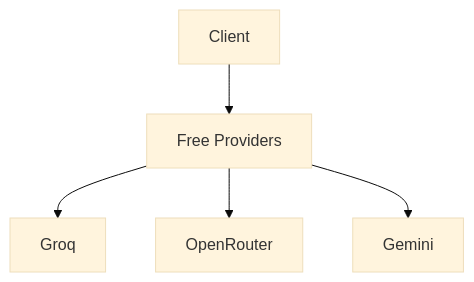
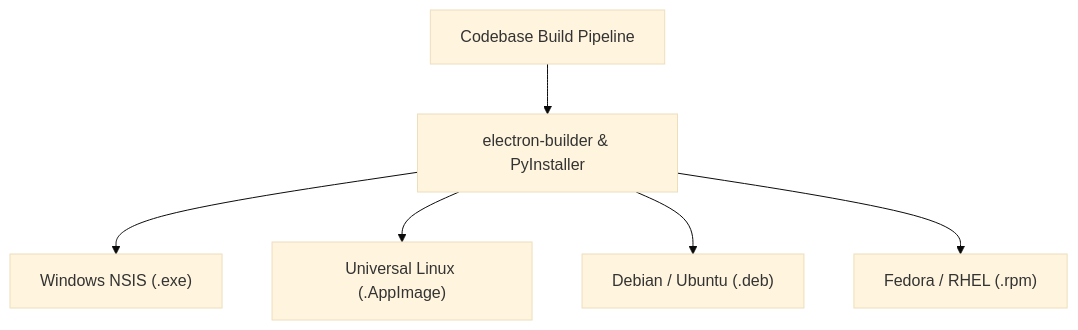
Before and after one commit to arnab825/Mission-Control: the second of 2 diagrams in Gaming/docs/changes_summary.md, drawn with Mermaid (base theme). The commit also changed other lines of this file, not shown here.

Commit message:
docs: add comprehensive project changelog detailing version history and major architectural milestones

````diff
--- a/Gaming/docs/changes_summary.md
+++ b/Gaming/docs/changes_summary.md
@@ -1239,7 +41,8 @@
 ```mermaid
 graph TD
-  A[Client] --> B[Free Providers]
-  B --> C[Groq]
-  B --> D[OpenRouter]
-  B --> E[Gemini]
+    A["Codebase Build Pipeline"] --> B["electron-builder & PyInstaller"]
+    B --> C["Windows NSIS (.exe)"]
+    B --> D["Universal Linux (.AppImage)"]
+    B --> E["Debian / Ubuntu (.deb)"]
+    B --> F["Fedora / RHEL (.rpm)"]
 ```
````
